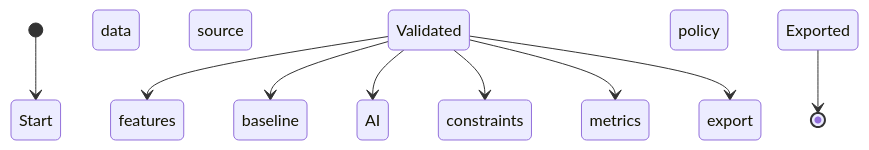
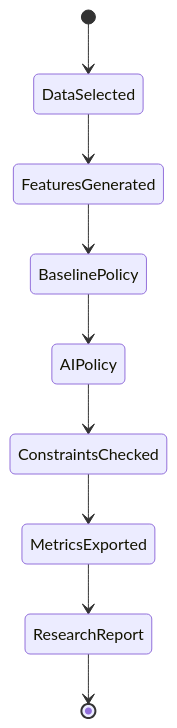
One commit to gunnchOS3k/spectrumx-ai-ran-gary changed the diagram in docs/diagrams/state_machine.mmd. Above: the diagram before and after it, drawn with Mermaid. The commit also changed 28 other files, not shown here.

First line of the commit message:
Issue audit pass: repo-specific diagrams, review-ready papers, ISSUE_AUDIT

```diff
--- a/docs/diagrams/state_machine.mmd
+++ b/docs/diagrams/state_machine.mmd
@@ -1,10 +1,9 @@
 stateDiagram-v2
-  [*] --> Start
-  data source
-  Validated --> features
-  Validated --> baseline
-  Validated --> AI policy
-  Validated --> constraints
-  Validated --> metrics
-  Validated --> export
-  Exported --> [*]
+  [*] --> DataSelected
+  DataSelected --> FeaturesGenerated
+  FeaturesGenerated --> BaselinePolicy
+  BaselinePolicy --> AIPolicy
+  AIPolicy --> ConstraintsChecked
+  ConstraintsChecked --> MetricsExported
+  MetricsExported --> ResearchReport
+  ResearchReport --> [*]
```
